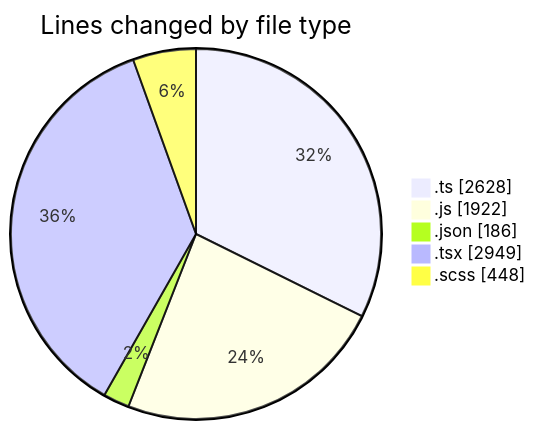
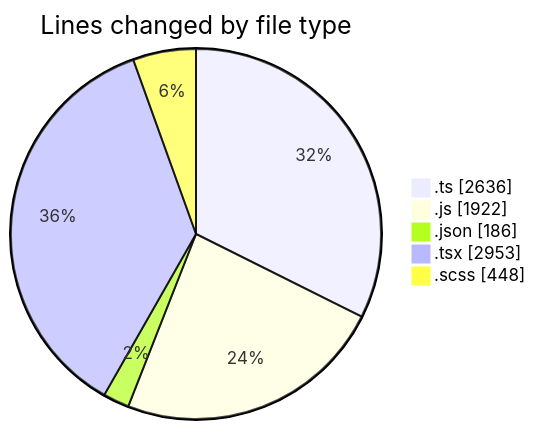
The first of 2 diagrams in 2026-06-18/cda/README.md (momahboobian/code-tracking), drawn with Mermaid before and after one commit. The commit also changed other lines of this file and 1 other file, not shown here.

````diff
--- a/2026-06-18/cda/README.md
+++ b/2026-06-18/cda/README.md
@@ -59,9 +59,9 @@
 ```mermaid
 pie showData
 title Lines changed by file type
-".ts" : 2628
+".ts" : 2636
 ".js" : 1922
 ".json" : 186
-".tsx" : 2949
+".tsx" : 2953
 ".scss" : 448
 ```
````
